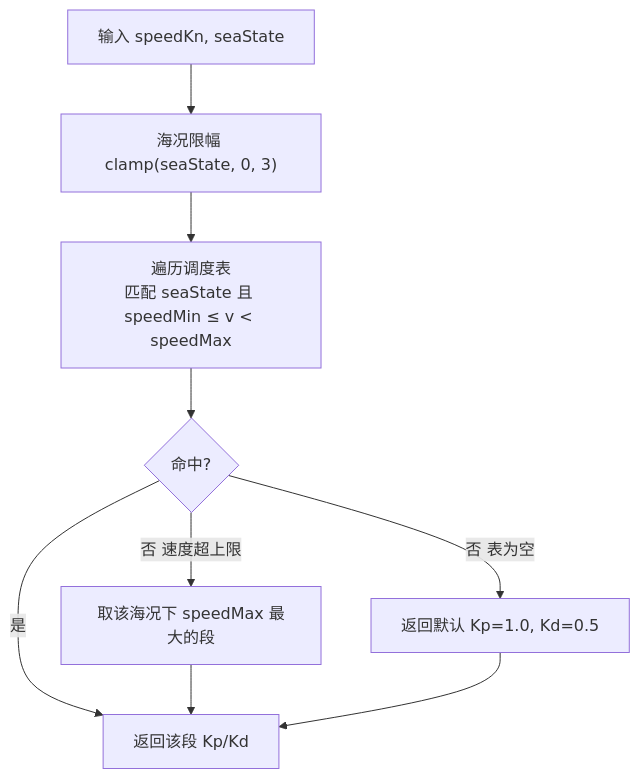
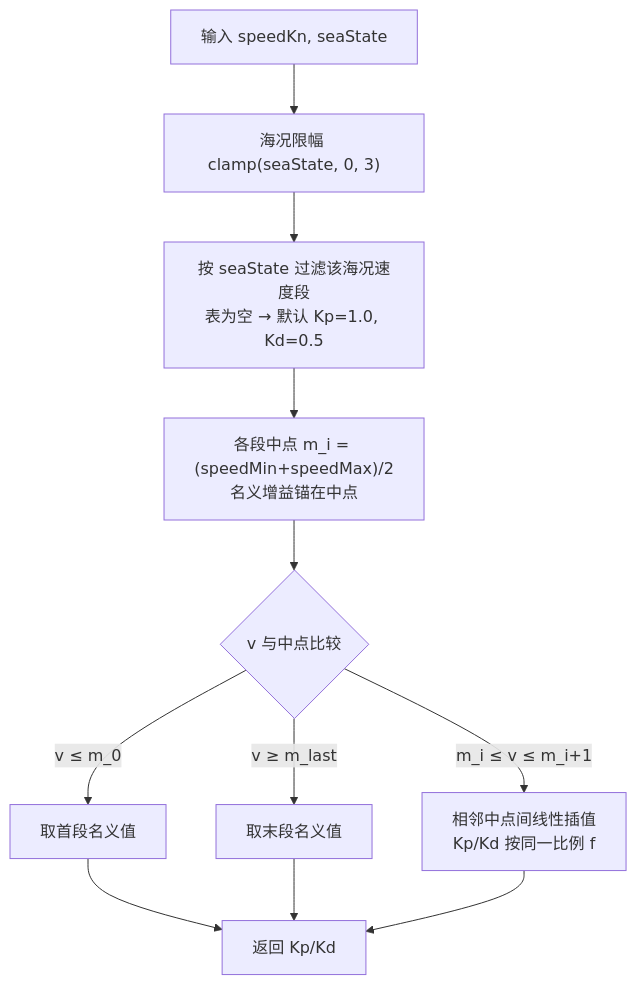
Before and after one commit to jimaka/auto_rudder: the sixth of 22 diagrams in control/控制算法开发文档.md, drawn with Mermaid. The commit also changed other lines of this file and 15 other files, not shown here.

````diff
--- a/control/控制算法开发文档.md
+++ b/control/控制算法开发文档.md
@@ -363,11 +363,13 @@
 ```mermaid
 graph TD
     IN["输入 speedKn, seaState"] --> CL["海况限幅 clamp(seaState, 0, 3)"]
-    CL --> LOOP["遍历调度表<br/>匹配 seaState 且 speedMin ≤ v < speedMax"]
-    LOOP --> HIT{"命中?"}
-    HIT -->|是| RET["返回该段 Kp/Kd"]
-    HIT -->|否 速度超上限| LAST["取该海况下 speedMax 最大的段"]
+    CL --> FILT["按 seaState 过滤该海况速度段<br/>表为空 → 默认 Kp=1.0, Kd=0.5"]
+    FILT --> MID["各段中点 m_i = (speedMin+speedMax)/2<br/>名义增益锚在中点"]
+    MID --> CMP{"v 与中点比较"}
+    CMP -->|"v ≤ m_0"| FIRST["取首段名义值"]
+    CMP -->|"v ≥ m_last"| LAST["取末段名义值"]
+    CMP -->|"m_i ≤ v ≤ m_i+1"| INTERP["相邻中点间线性插值<br/>Kp/Kd 按同一比例 f"]
+    FIRST --> RET["返回 Kp/Kd"]
     LAST --> RET
-    HIT -->|否 表为空| DEF["返回默认 Kp=1.0, Kd=0.5"]
-    DEF --> RET
+    INTERP --> RET
 ```
````
